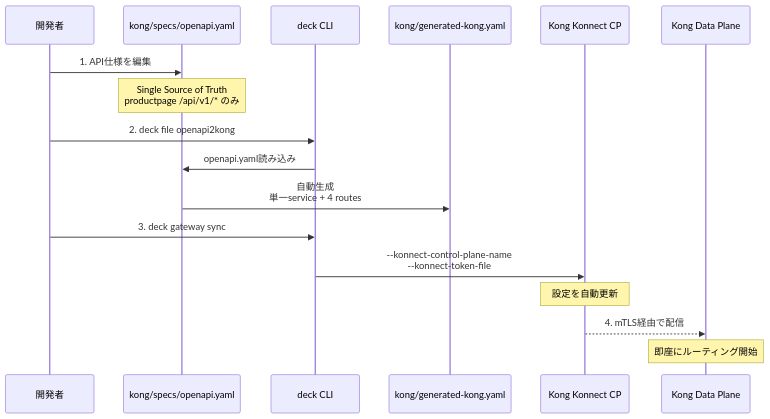
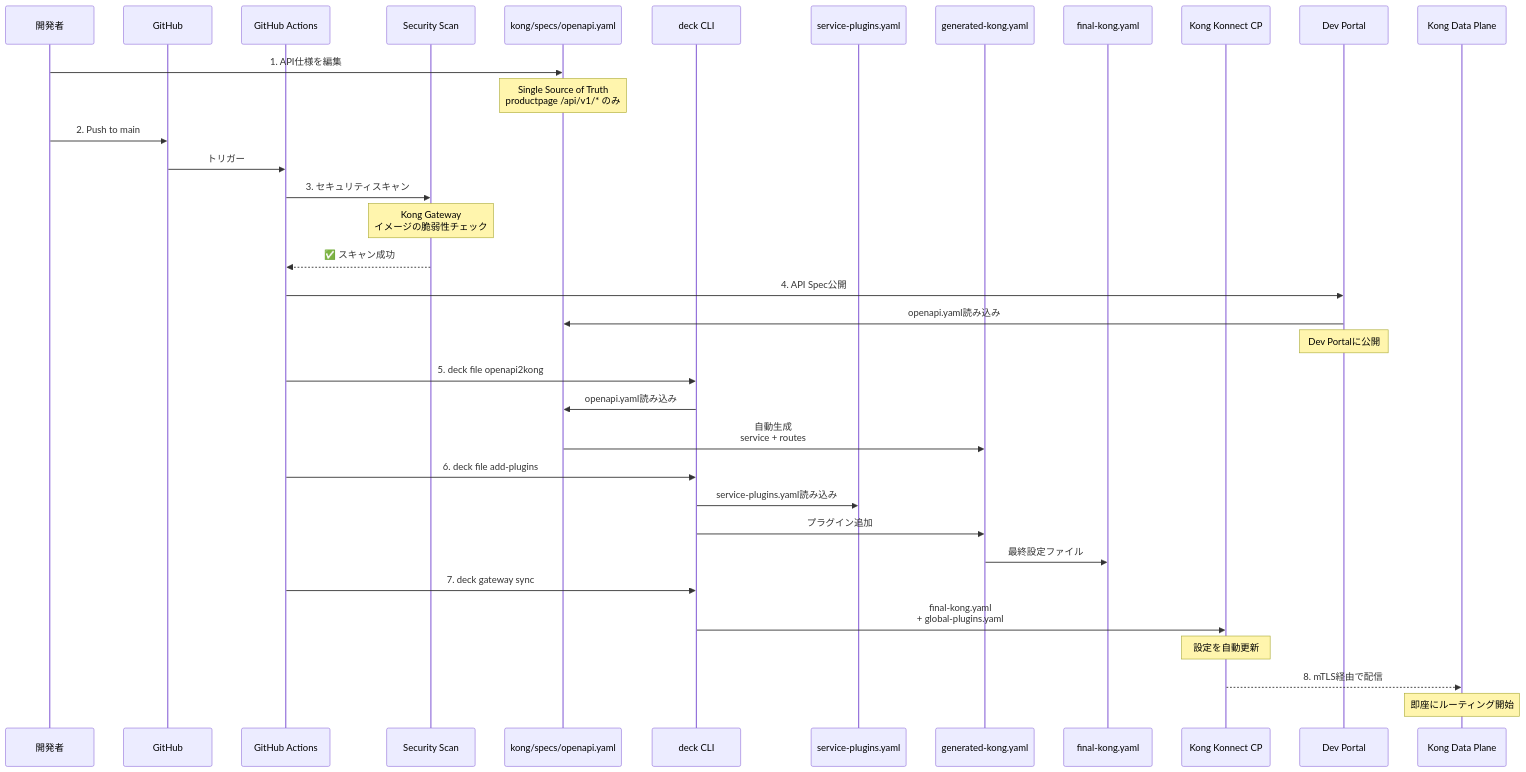
One commit to ftuajii/kong-work changed the second of 7 diagrams in ARCHITECTURE.md. Above: the diagram before and after it, drawn with Mermaid. The commit also changed other lines of this file and 8 other files, not shown here.

````diff
--- a/ARCHITECTURE.md
+++ b/ARCHITECTURE.md
@@ -86,23 +86,45 @@
 ```mermaid
 sequenceDiagram
     participant Dev as 開発者
+    participant GitHub as GitHub
+    participant Actions as GitHub Actions
+    participant Security as Security Scan
     participant OpenAPI as kong/specs/openapi.yaml
     participant Deck as deck CLI
-    participant Generated as kong/generated-kong.yaml
+    participant ServicePlugins as service-plugins.yaml
+    participant Generated as generated-kong.yaml
+    participant Final as final-kong.yaml
     participant Konnect as Kong Konnect CP
+    participant Portal as Dev Portal
     participant DP as Kong Data Plane
 
     Dev->>OpenAPI: 1. API仕様を編集
     Note over OpenAPI: Single Source of Truth<br/>productpage /api/v1/* のみ
 
-    Dev->>Deck: 2. deck file openapi2kong
+    Dev->>GitHub: 2. Push to main
+    GitHub->>Actions: トリガー
+
+    Actions->>Security: 3. セキュリティスキャン
+    Note over Security: Kong Gateway<br/>イメージの脆弱性チェック
+    Security-->>Actions: ✅ スキャン成功
+
+    Actions->>Portal: 4. API Spec公開
+    Portal->>OpenAPI: openapi.yaml読み込み
+    Note over Portal: Dev Portalに公開
+
+    Actions->>Deck: 5. deck file openapi2kong
     Deck->>OpenAPI: openapi.yaml読み込み
-    OpenAPI->>Generated: 自動生成<br/>単一service + 4 routes
+    OpenAPI->>Generated: 自動生成<br/>service + routes
 
-    Dev->>Deck: 3. deck gateway sync
-    Deck->>Konnect: --konnect-control-plane-name<br/>--konnect-token-file
+    Actions->>Deck: 6. deck file add-plugins
+    Deck->>ServicePlugins: service-plugins.yaml読み込み
+    Deck->>Generated: プラグイン追加
+    Generated->>Final: 最終設定ファイル
+
+    Actions->>Deck: 7. deck gateway sync
+    Deck->>Konnect: final-kong.yaml<br/>+ global-plugins.yaml
     Note over Konnect: 設定を自動更新
 
-    Konnect-->>DP: 4. mTLS経由で配信
+    Konnect-->>DP: 8. mTLS経由で配信
     Note over DP: 即座にルーティング開始
 ```
````
